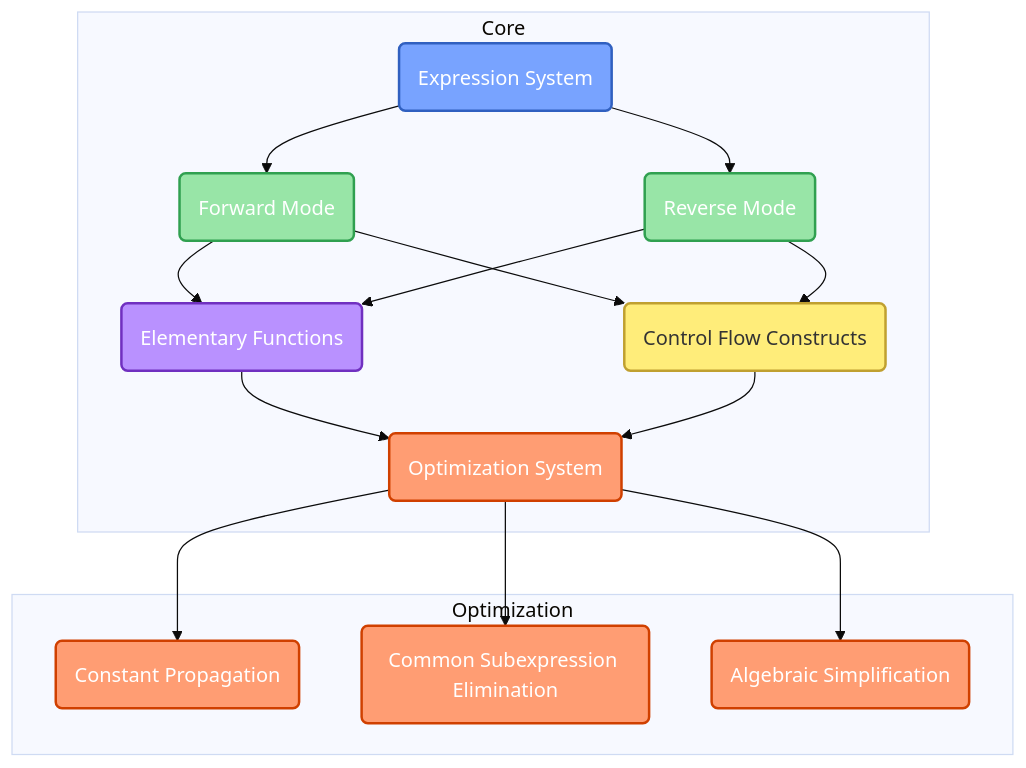
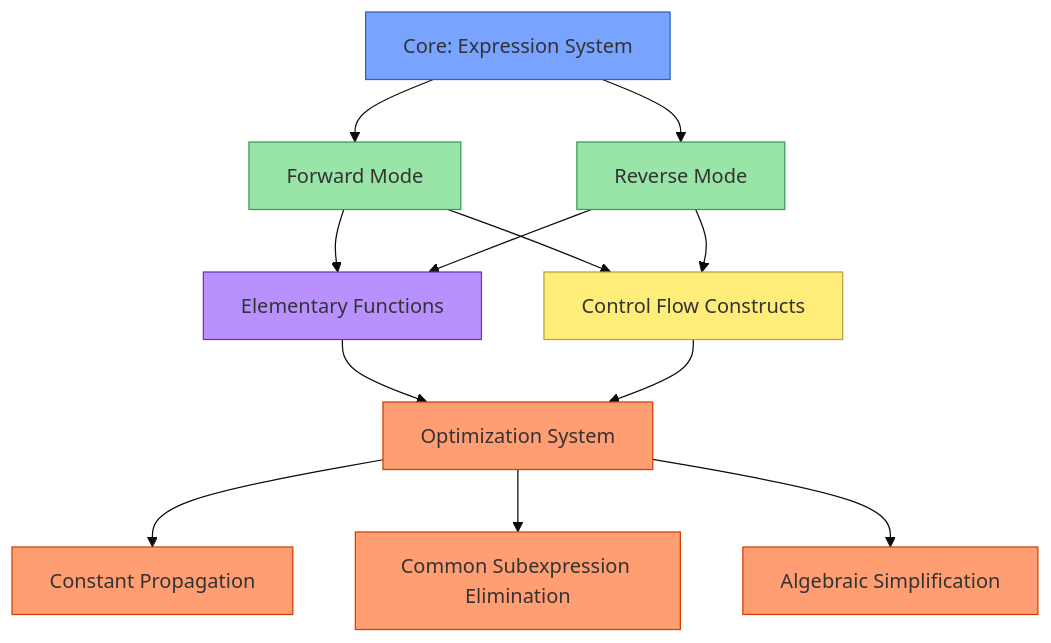
Before and after one commit to rdguerrerom/AutoDiff: the first of 5 diagrams in README.md, drawn with Mermaid (base theme). The commit also changed other lines of this file, not shown here.

````diff
--- a/README.md
+++ b/README.md
@@ -61,31 +61,25 @@
 ```mermaid
 flowchart TD
-    subgraph "Core"
-        A("Expression System") --> B("Forward Mode")
-        A --> C("Reverse Mode")
-        B --> D("Elementary Functions")
-        C --> D
-        B --> E("Control Flow Constructs")
-        C --> E
-        D --> F("Optimization System")
-        E --> F
-    end
+    A["Core: Expression System"] --> B["Forward Mode"]
+    A --> C["Reverse Mode"]
+    B --> D["Elementary Functions"]
+    C --> D
+    B --> E["Control Flow Constructs"]
+    C --> E
+    D --> F["Optimization System"]
+    E --> F
     
-    subgraph "Optimization"
-        F --> G("Constant Propagation")
-        F --> H("Common Subexpression Elimination")
-        F --> I("Algebraic Simplification")
-    end
+    F --> G["Constant Propagation"]
+    F --> H["Common Subexpression Elimination"]
+    F --> I["Algebraic Simplification"]
     
-    classDef core fill:#78a3ff,stroke:#3060c0,stroke-width:2px,color:#fff
-    classDef mode fill:#98e5a7,stroke:#30a050,stroke-width:2px,color:#fff
-    classDef feature fill:#b991ff,stroke:#7030c0,stroke-width:2px,color:#fff
-    classDef optimization fill:#ff9d73,stroke:#d04000,stroke-width:2px,color:#fff
-    classDef control fill:#ffed7a,stroke:#c0a030,stroke-width:2px,color:#333
-    
-    class A core
-    class B,C mode
-    class D feature
-    class E control
-    class F,G,H,I optimization
+    style A fill:#78a3ff,stroke:#3060c0
+    style B fill:#98e5a7,stroke:#30a050
+    style C fill:#98e5a7,stroke:#30a050
+    style D fill:#b991ff,stroke:#7030c0
+    style E fill:#ffed7a,stroke:#c0a030
+    style F fill:#ff9d73,stroke:#d04000
+    style G fill:#ff9d73,stroke:#d04000
+    style H fill:#ff9d73,stroke:#d04000
+    style I fill:#ff9d73,stroke:#d04000
 ```
````
